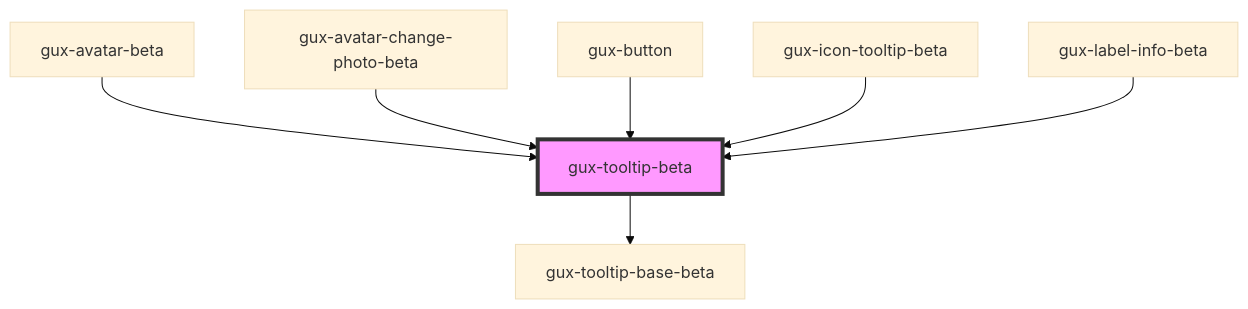
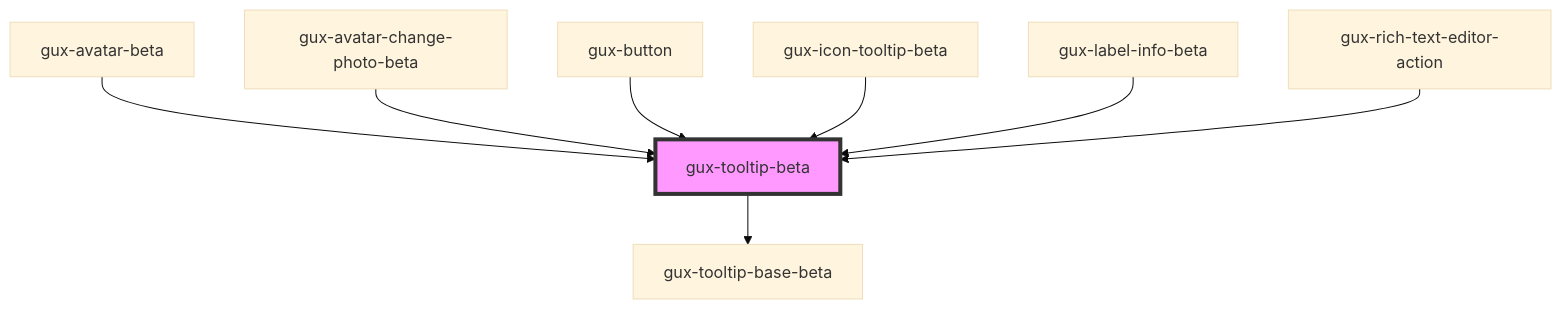
One commit to MyPureCloud/genesys-spark changed the diagram in packages/genesys-spark-components/src/components/beta/gux-tooltip-beta/readme.md. Above: the diagram before and after it, drawn with Mermaid (base theme). The commit also changed other lines of this file and 33 other files, not shown here.

First line of the commit message:
feat(other): rich-text-editor

````diff
--- a/packages/genesys-spark-components/src/components/beta/gux-tooltip-beta/readme.md
+++ b/packages/genesys-spark-components/src/components/beta/gux-tooltip-beta/readme.md
@@ -81,10 +82,11 @@
 ```mermaid
 graph TD;
   gux-tooltip-beta --> gux-tooltip-base-beta
   gux-avatar-beta --> gux-tooltip-beta
   gux-avatar-change-photo-beta --> gux-tooltip-beta
   gux-button --> gux-tooltip-beta
   gux-icon-tooltip-beta --> gux-tooltip-beta
   gux-label-info-beta --> gux-tooltip-beta
+  gux-rich-text-editor-action --> gux-tooltip-beta
   style gux-tooltip-beta fill:#f9f,stroke:#333,stroke-width:4px
 ```
````
